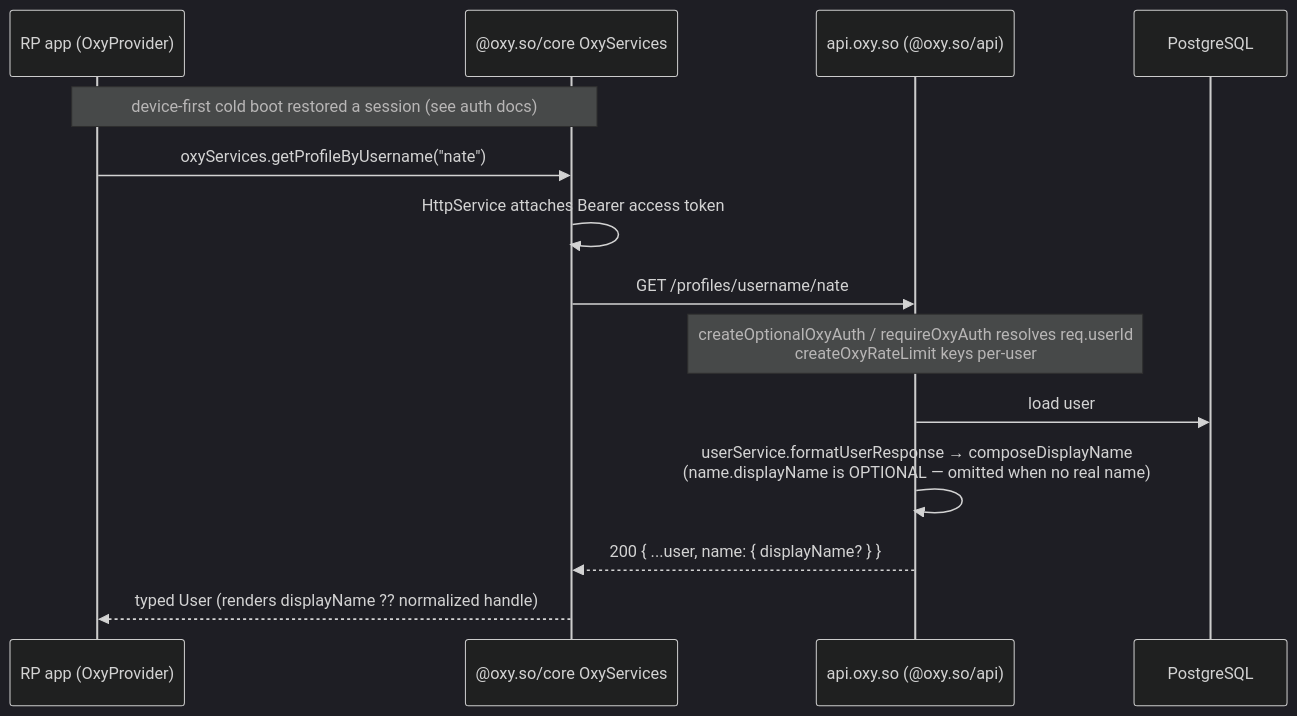
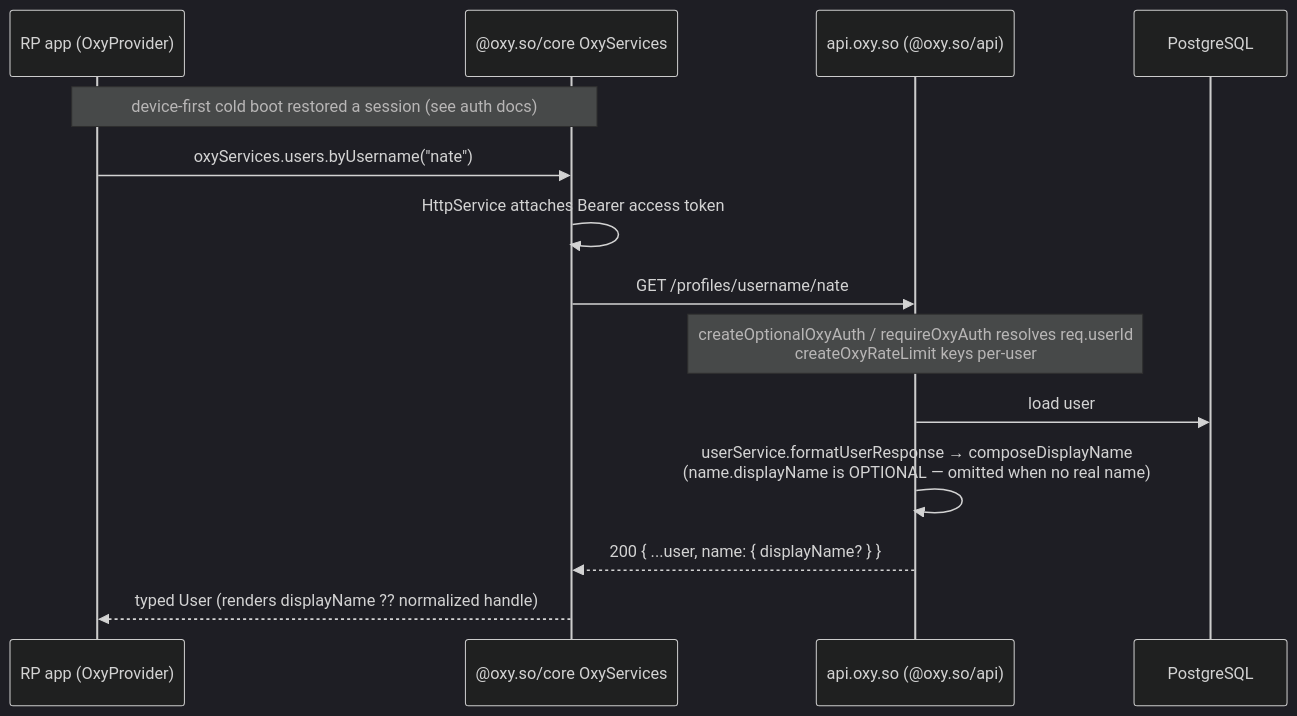
Before and after one commit to OxyHQ/oxy: the second of 2 diagrams in docs/architecture/overview.md, drawn with Mermaid (dark theme). The commit also changed 694 other files, not shown here.

````diff
--- a/docs/architecture/overview.md
+++ b/docs/architecture/overview.md
@@ -154,17 +154,17 @@
 ```mermaid
 sequenceDiagram
     participant App as RP app (OxyProvider)
     participant SDK as @oxy.so/core OxyServices
     participant API as api.oxy.so (@oxy.so/api)
     participant DB as PostgreSQL
 
     Note over App,SDK: device-first cold boot restored a session (see auth docs)
-    App->>SDK: oxyServices.getProfileByUsername("nate")
+    App->>SDK: oxyServices.users.byUsername("nate")
     SDK->>SDK: HttpService attaches Bearer access token
     SDK->>API: GET /profiles/username/nate
     Note over API: createOptionalOxyAuth / requireOxyAuth resolves req.userId<br/>createOxyRateLimit keys per-user
     API->>DB: load user
     API->>API: userService.formatUserResponse → composeDisplayName<br/>(name.displayName is OPTIONAL — omitted when no real name)
     API-->>SDK: 200 { ...user, name: { displayName? } }
     SDK-->>App: typed User (renders displayName ?? normalized handle)
 ```
````
